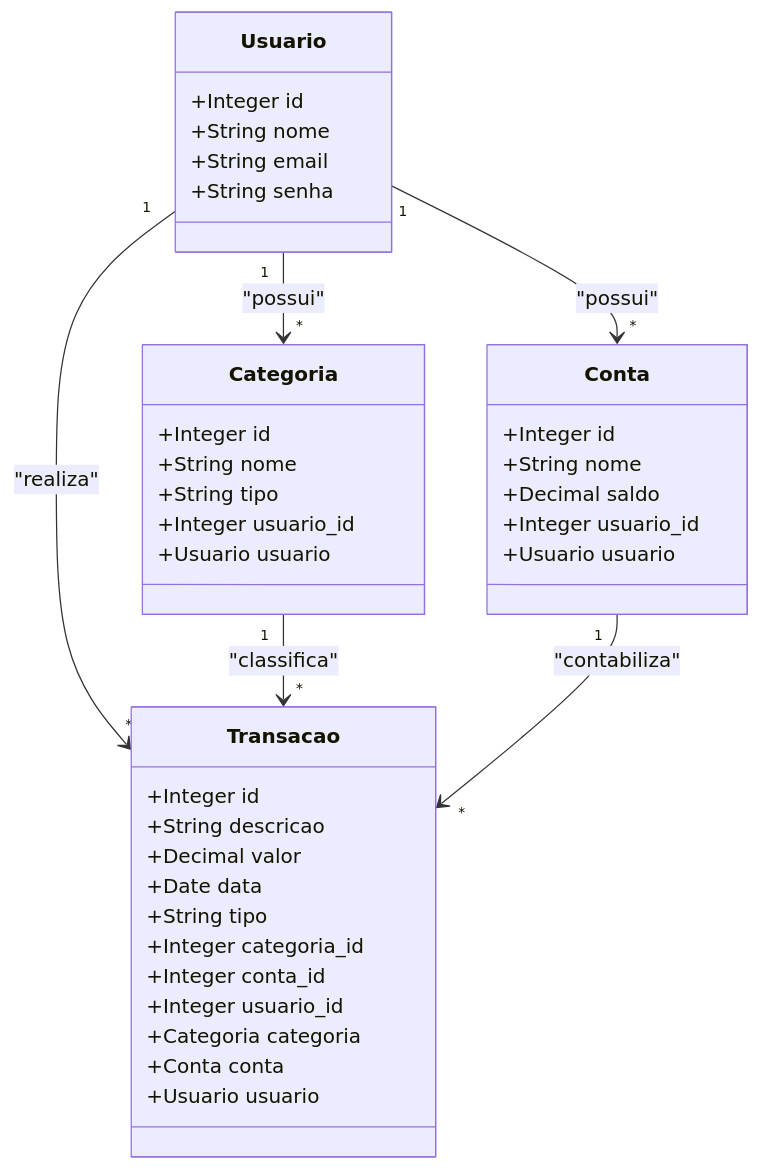
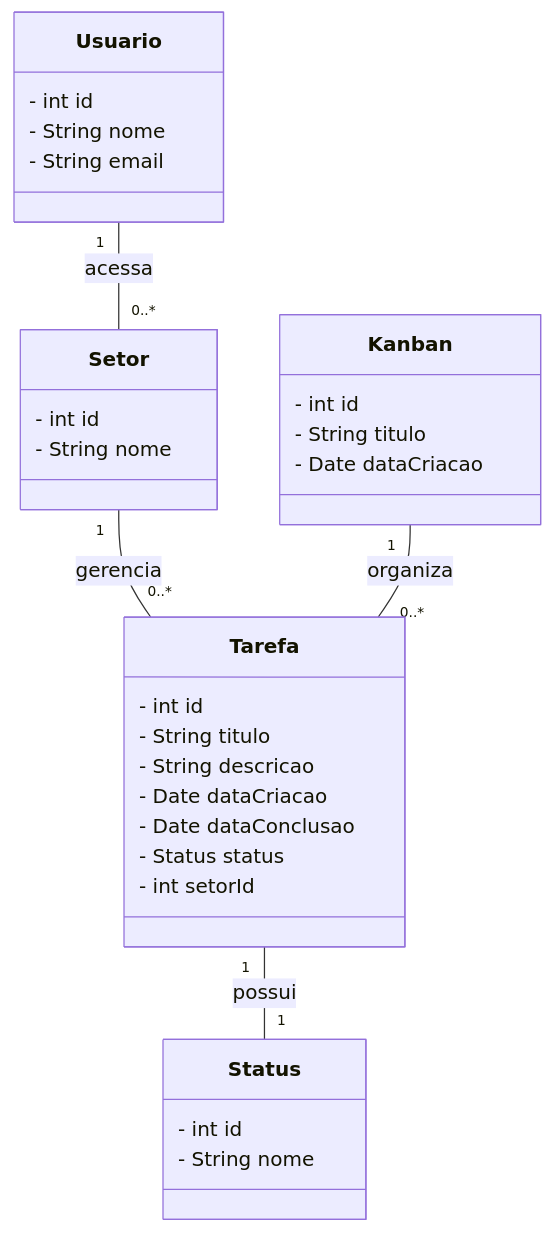
Before and after one commit to JoaovlLima/PHPProjects: the diagram in projetoSAEP/README.md, drawn with Mermaid.

````diff
--- a/projetoSAEP/README.md
+++ b/projetoSAEP/README.md
@@ -10,46 +10,41 @@
 ```mermaid
 classDiagram
     class Usuario {
-        +Integer id
-        +String nome
-        +String email
-        +String senha
+        - int id
+        - String nome
+        - String email
     }
 
-    class Categoria {
-        +Integer id
-        +String nome
-        +String tipo
-        +Integer usuario_id
-        +Usuario usuario
+    class Setor {
+        - int id
+        - String nome
     }
 
-    class Conta {
-        +Integer id
-        +String nome
-        +Decimal saldo
-        +Integer usuario_id
-        +Usuario usuario
+    class Tarefa {
+        - int id
+        - String titulo
+        - String descricao
+        - Date dataCriacao
+        - Date dataConclusao
+        - Status status
+        - int setorId
     }
 
-    class Transacao {
-        +Integer id
-        +String descricao
-        +Decimal valor
-        +Date data
-        +String tipo
-        +Integer categoria_id
-        +Integer conta_id
-        +Integer usuario_id
-        +Categoria categoria
-        +Conta conta
-        +Usuario usuario
+    class Kanban {
+        - int id
+        - String titulo
+        - Date dataCriacao
     }
 
-    Usuario "1" --> "*" Categoria : "possui"
-    Usuario "1" --> "*" Conta : "possui"
-    Usuario "1" --> "*" Transacao : "realiza"
-    Categoria "1" --> "*" Transacao : "classifica"
-    Conta "1" --> "*" Transacao : "contabiliza"
+    class Status {
+        - int id
+        - String nome
+    }
+
+    Usuario "1" -- "0..*" Setor : acessa
+    Setor "1" -- "0..*" Tarefa : gerencia
+    Tarefa "1" -- "1" Status : possui
+    Kanban "1" -- "0..*" Tarefa : organiza
+
     
 ```
````
